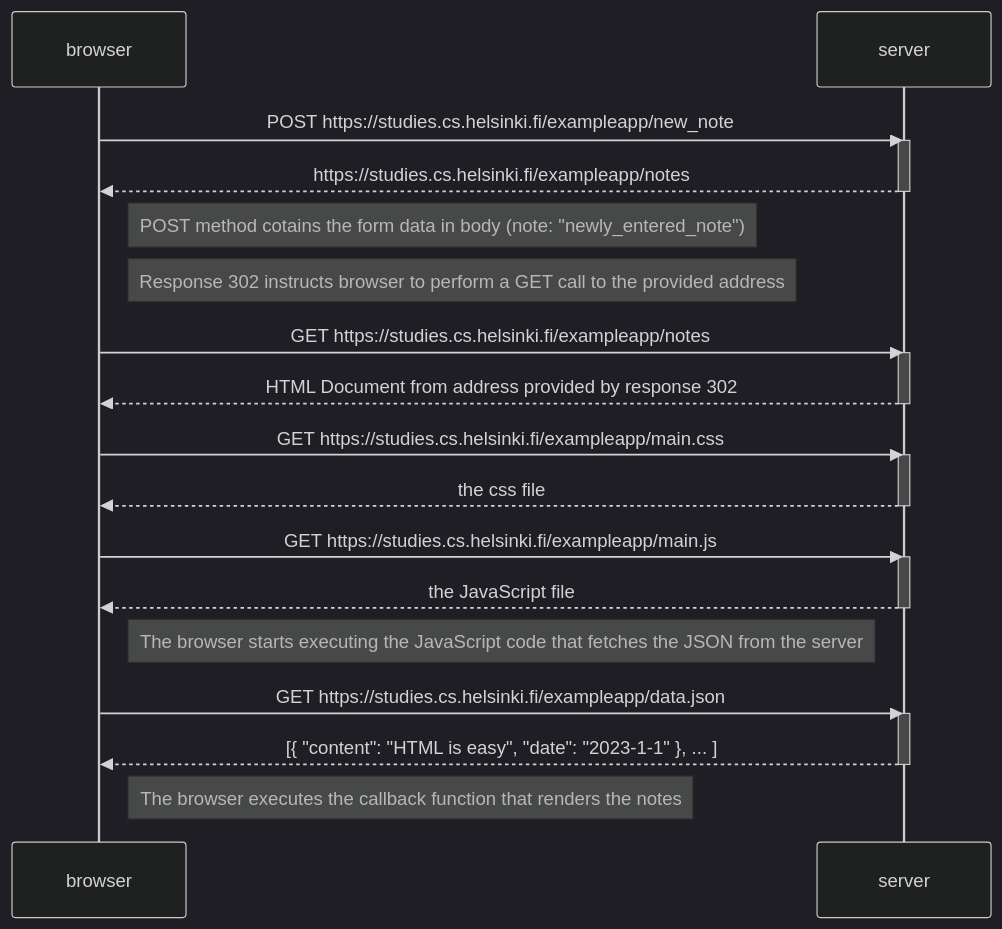
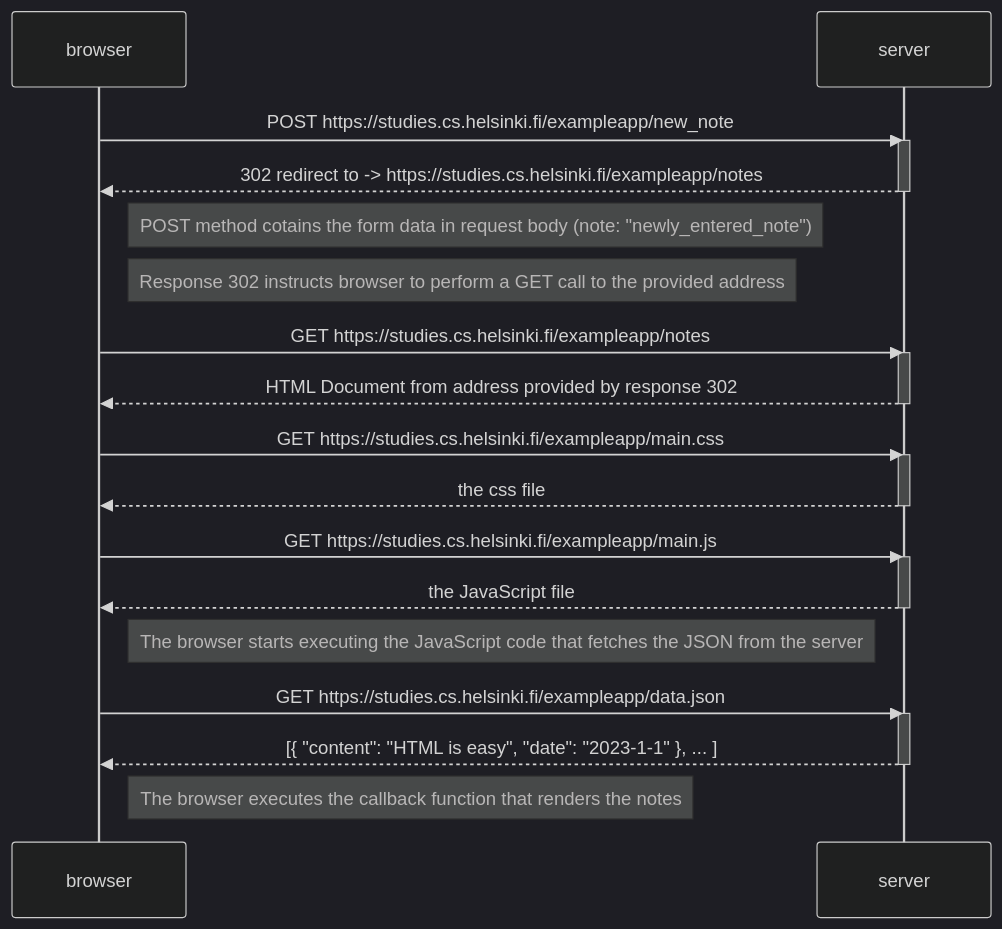
The diagram in part0/new_notes_diagram.md (po8po9/fullstackopen_mazzarella), drawn with Mermaid (dark theme) before and after one commit.

Commit message:
Update new_notes_diagram.md
better description of 302

````diff
--- a/part0/new_notes_diagram.md
+++ b/part0/new_notes_diagram.md
@@ -1,37 +1,37 @@
 ```mermaid
 sequenceDiagram
     participant browser
     participant server
 
     browser->>server: POST https://studies.cs.helsinki.fi/exampleapp/new_note
     activate server
-    server-->>browser: https://studies.cs.helsinki.fi/exampleapp/notes
+    server-->>browser: 302 redirect to -> https://studies.cs.helsinki.fi/exampleapp/notes
     deactivate server
 
-    Note right of browser: POST method cotains the form data in body (note: "newly_entered_note")
+    Note right of browser: POST method cotains the form data in request body (note: "newly_entered_note")
     Note right of browser: Response 302 instructs browser to perform a GET call to the provided address
 
     browser->>server: GET https://studies.cs.helsinki.fi/exampleapp/notes
     activate server
     server-->>browser: HTML Document from address provided by response 302
     deactivate server
 
     browser->>server: GET https://studies.cs.helsinki.fi/exampleapp/main.css
     activate server
     server-->>browser: the css file
     deactivate server
 
     browser->>server: GET https://studies.cs.helsinki.fi/exampleapp/main.js
     activate server
     server-->>browser: the JavaScript file
     deactivate server
 
     Note right of browser: The browser starts executing the JavaScript code that fetches the JSON from the server
 
     browser->>server: GET https://studies.cs.helsinki.fi/exampleapp/data.json
     activate server
     server-->>browser: [{ "content": "HTML is easy", "date": "2023-1-1" }, ... ]
     deactivate server
 
     Note right of browser: The browser executes the callback function that renders the notes
 ```
````
